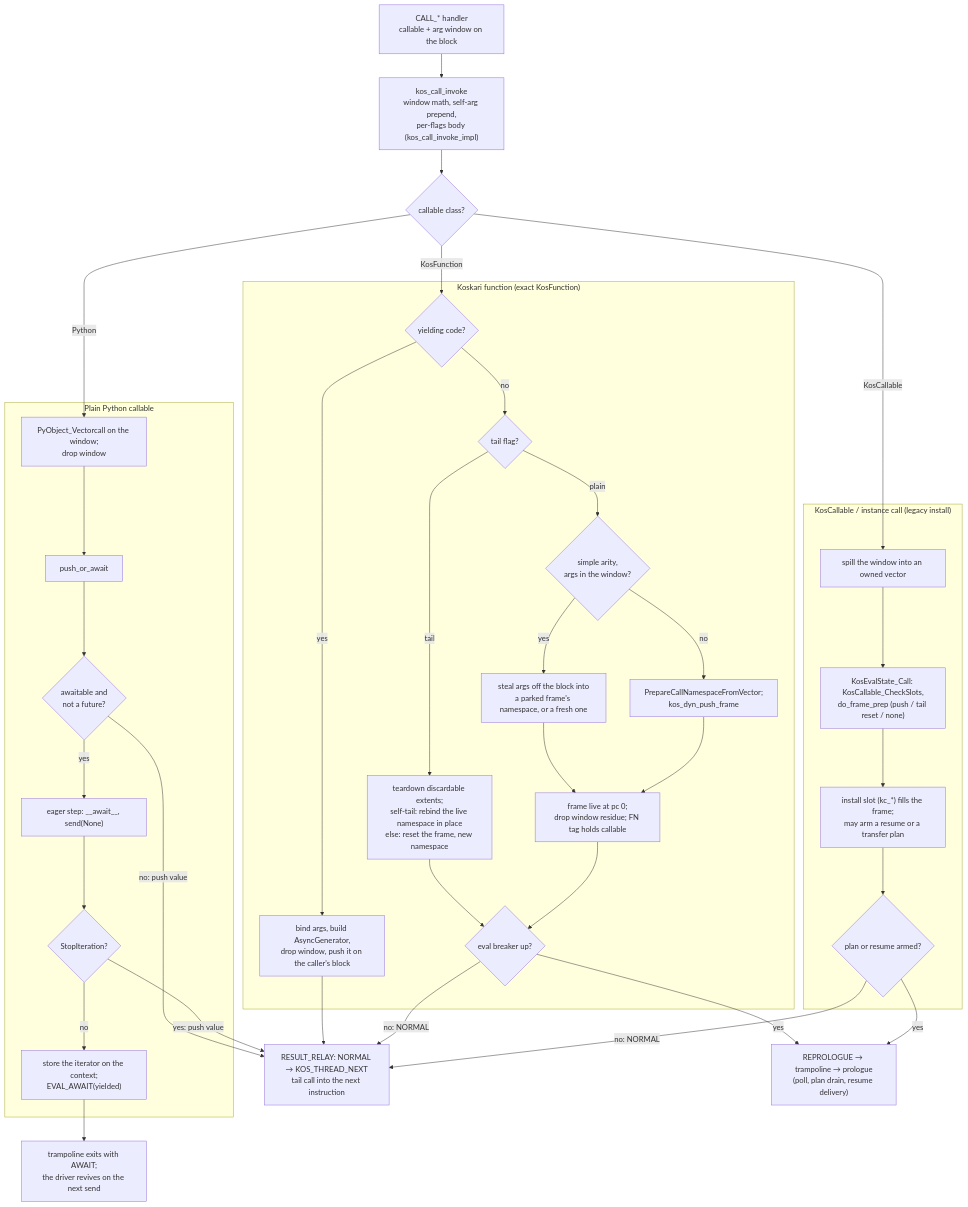
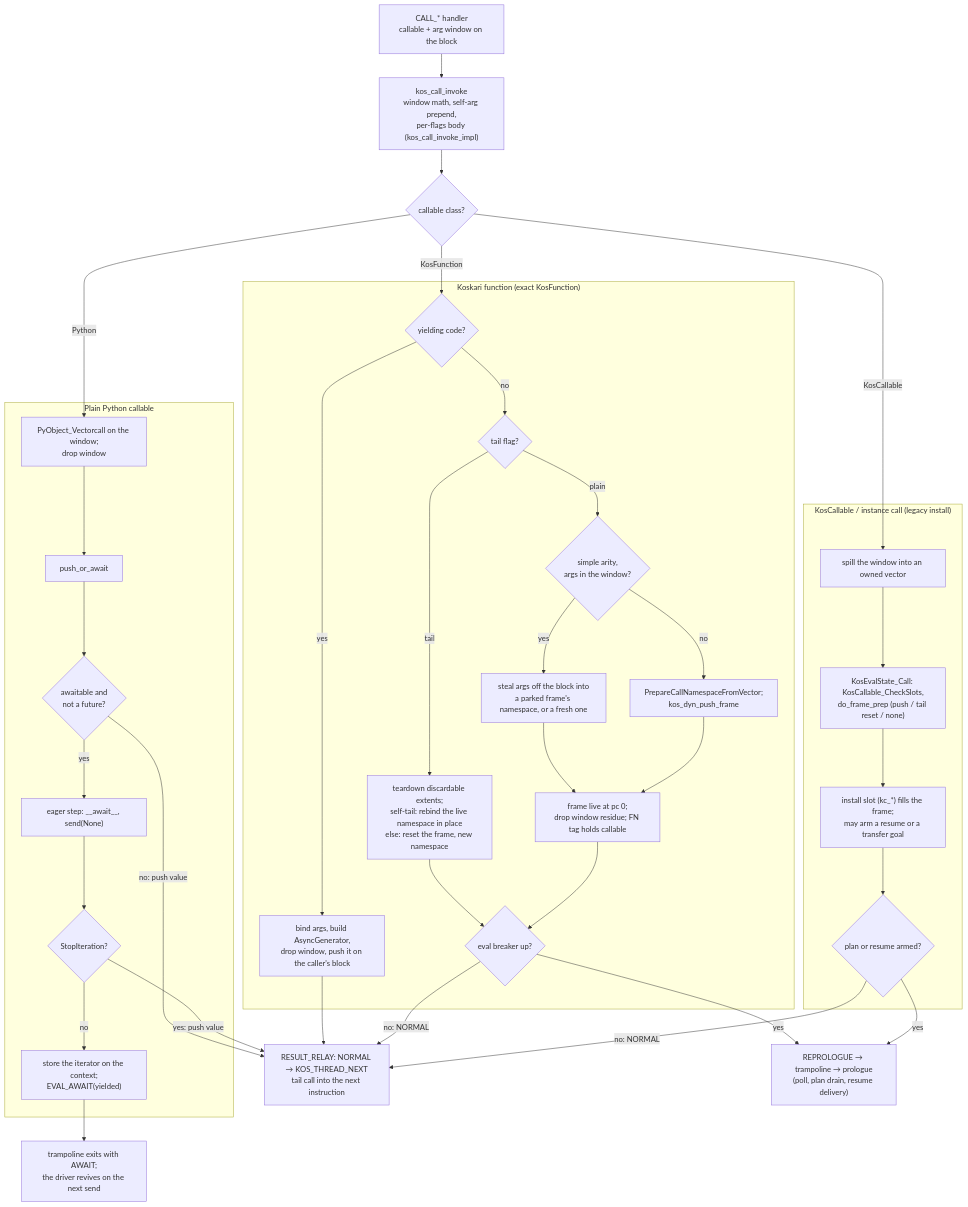
One commit to koskari-lang/koskari changed diagram 11 of 12 in design/EVALUATOR.md. Above: the diagram before and after it, drawn with Mermaid. The commit also changed other lines of this file and 22 other files, not shown here.

````diff
--- a/design/EVALUATOR.md
+++ b/design/EVALUATOR.md
@@ -1210,60 +1128,60 @@
 ```mermaid
 flowchart TD
     op["CALL_* handler<br/>callable + arg window on the block"]
     inv["kos_call_invoke<br/>window math, self-arg prepend,<br/>per-flags body (kos_call_invoke_impl)"]
     cls{"callable class?"}
 
     subgraph kos["Koskari function (exact KosFunction)"]
         gen{"yielding code?"}
         agen["bind args, build AsyncGenerator,<br/>drop window, push it on the caller's block"]
         arity{"tail flag?"}
         tail["teardown discardable extents;<br/>self-tail: rebind the live namespace in place<br/>else: reset the frame, new namespace"]
         simple{"simple arity,<br/>args in the window?"}
         steal["steal args off the block into<br/>a parked frame's namespace, or a fresh one"]
         general["PrepareCallNamespaceFromVector;<br/>kos_dyn_push_frame"]
         inst["frame live at pc 0;<br/>drop window residue; FN tag holds callable"]
         coop{"eval breaker up?"}
     end
 
     subgraph py["Plain Python callable"]
         vc["PyObject_Vectorcall on the window;<br/>drop window"]
         poa["push_or_await"]
         aw{"awaitable and<br/>not a future?"}
         eager["eager step: __await__, send(None)"]
         done{"StopIteration?"}
         susp["store the iterator on the context;<br/>EVAL_AWAIT(yielded)"]
     end
 
     subgraph legacy["KosCallable / instance call (legacy install)"]
         spill["spill the window into an owned vector"]
         kcall["KosEvalState_Call: KosCallable_CheckSlots,<br/>do_frame_prep (push / tail reset / none)"]
-        slot["install slot (kc_*) fills the frame;<br/>may arm a resume or a transfer plan"]
+        slot["install slot (kc_*) fills the frame;<br/>may arm a resume or a transfer goal"]
         armed{"plan or resume armed?"}
     end
 
     relay["RESULT_RELAY: NORMAL → KOS_THREAD_NEXT<br/>tail call into the next instruction"]
     repro["REPROLOGUE → trampoline → prologue<br/>(poll, plan drain, resume delivery)"]
     exit["trampoline exits with AWAIT;<br/>the driver revives on the next send"]
 
     op --> inv --> cls
     cls -->|KosFunction| gen
     gen -->|yes| agen --> relay
     gen -->|no| arity
     arity -->|tail| tail --> coop
     arity -->|plain| simple
     simple -->|yes| steal --> inst
     simple -->|no| general --> inst
     inst --> coop
     coop -->|no: NORMAL| relay
     coop -->|yes| repro
 
     cls -->|Python| vc --> poa --> aw
     aw -->|no: push value| relay
     aw -->|yes| eager --> done
     done -->|yes: push value| relay
     done -->|no| susp --> exit
 
     cls -->|KosCallable| spill --> kcall --> slot --> armed
     armed -->|no: NORMAL| relay
     armed -->|yes| repro
 ```
````
